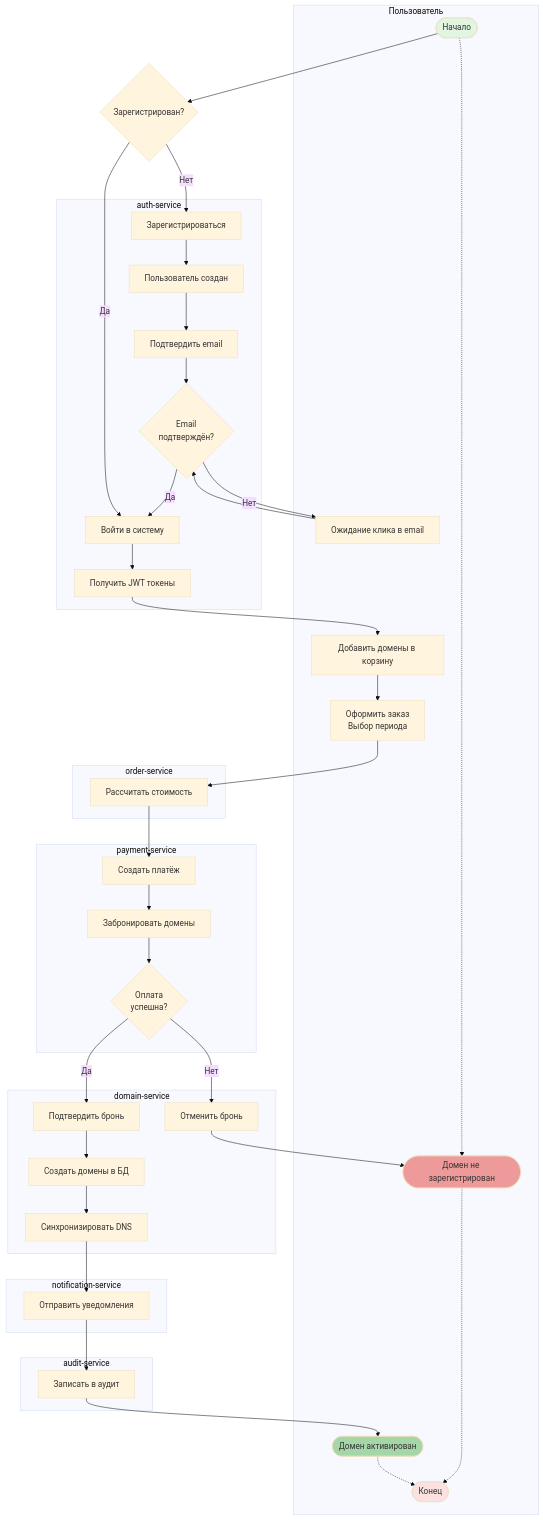
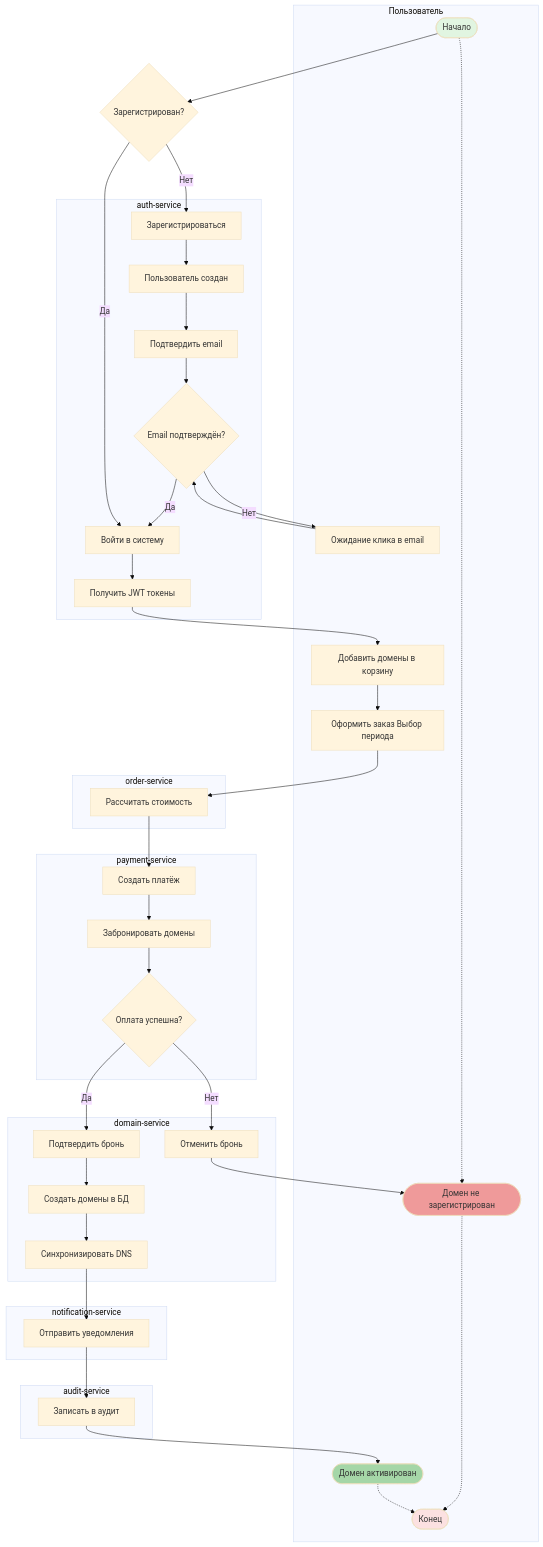
The eighth of 25 diagrams in README.md (PawKorchagin/hrofos-domain-register), drawn with Mermaid (base theme) before and after one commit. The commit also changed other lines of this file, not shown here.

```diff
--- a/README.md
+++ b/README.md
@@ -346,7 +346,7 @@
         Start([Начало])
         WaitVerify[Ожидание клика в email]
         AddToCart[Добавить домены в корзину]
-        Checkout[Оформить заказ<br/>Выбор периода]
+        Checkout[Оформить заказ Выбор периода]
         Success([Домен активирован])
         Fail([Домен не зарегистрирован])
         End([Конец])
@@ -356,7 +356,7 @@
         Register[Зарегистрироваться]
         RegSuccess[Пользователь создан]
         VerifyEmail[Подтвердить email]
-        EmailVerified{Email<br/>подтверждён?}
+        EmailVerified{Email подтверждён?}
         Login[Войти в систему]
         GetToken[Получить JWT токены]
     end
@@ -368,7 +368,7 @@
     subgraph PaymentLane["         payment-service"]
         CreatePayment[Создать платёж]
         Reserve[Забронировать домены]
-        UserPay{Оплата<br/>успешна?}
+        UserPay{Оплата успешна?}
     end
 
     subgraph DomainLane["         domain-service"]
```
